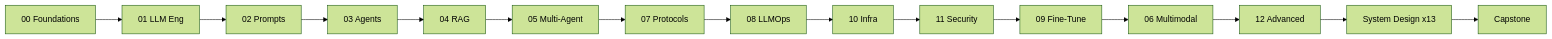
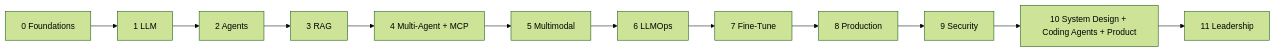
The diagram in Learning Path.md (rcrahul43/GenAI-Masterclass), drawn with Mermaid (forest theme) before and after one commit. The commit also changed other lines of this file and 20 other files, not shown here.

First line of the commit message:
Realign curriculum to Master Study Roadmap (Phases 0–11)

````diff
--- a/Learning Path.md
+++ b/Learning Path.md
@@ -19,17 +13,14 @@
 ```mermaid
 flowchart LR
-    A[00 Foundations] --> B[01 LLM Eng]
-    B --> C[02 Prompts]
-    C --> D[03 Agents]
-    D --> E[04 RAG]
-    E --> F[05 Multi-Agent]
-    F --> G[07 Protocols]
-    G --> H[08 LLMOps]
-    H --> I[10 Infra]
-    I --> J[11 Security]
-    J --> K[09 Fine-Tune]
-    K --> L[06 Multimodal]
-    L --> M[12 Advanced]
-    M --> N[System Design x13]
-    N --> O[Capstone]
+    P0[0 Foundations] --> P1[1 LLM]
+    P1 --> P2[2 Agents]
+    P2 --> P3[3 RAG]
+    P3 --> P4[4 Multi-Agent + MCP]
+    P4 --> P5[5 Multimodal]
+    P5 --> P6[6 LLMOps]
+    P6 --> P7[7 Fine-Tune]
+    P7 --> P8[8 Production]
+    P8 --> P9[9 Security]
+    P9 --> P10[10 System Design + Coding Agents + Product]
+    P10 --> P11[11 Leadership]
 ```
````
